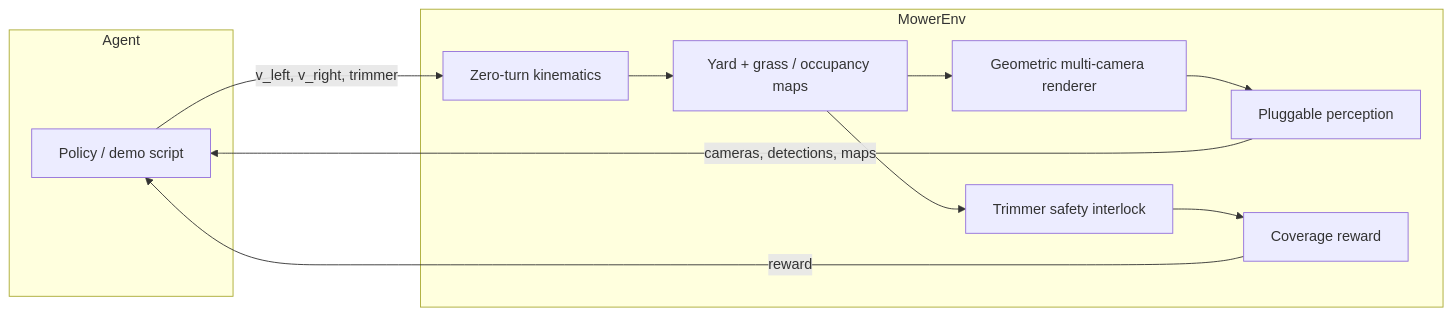
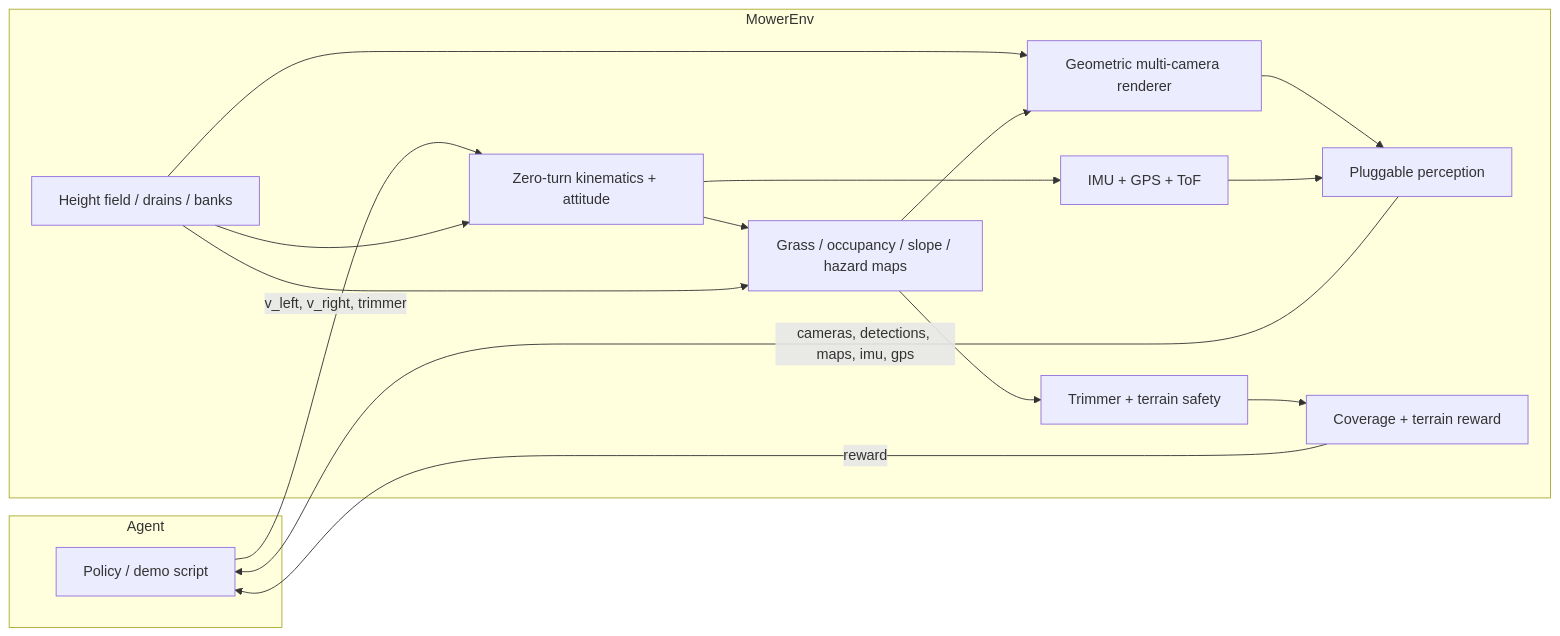
The diagram in README.md (jtwolfe/jims-mower), drawn with Mermaid before and after one commit. The commit also changed other lines of this file and 31 other files, not shown here.

First line of the commit message:
Add height-field terrain with drains, IMU/GPS, and slope safety.

````diff
--- a/README.md
+++ b/README.md
@@ -51,22 +112,29 @@
 ```mermaid
 flowchart LR
     subgraph Agent
       A[Policy / demo script]
     end
     subgraph Gym["MowerEnv"]
-      K[Zero-turn kinematics]
-      S[Trimmer safety interlock]
-      W[Yard + grass / occupancy maps]
+      K[Zero-turn kinematics + attitude]
+      T[Height field / drains / banks]
+      IMU[IMU + GPS + ToF]
+      S[Trimmer + terrain safety]
+      W[Grass / occupancy / slope / hazard maps]
       C[Geometric multi-camera renderer]
       P[Pluggable perception]
-      R[Coverage reward]
+      R[Coverage + terrain reward]
     end
     A -->|"v_left, v_right, trimmer"| K
+    T --> K
+    K --> IMU
     K --> W
+    T --> W
+    T --> C
     W --> S
     S --> R
     W --> C
     C --> P
-    P -->|cameras, detections, maps| A
+    IMU --> P
+    P -->|cameras, detections, maps, imu, gps| A
     R -->|reward| A
 ```
````
